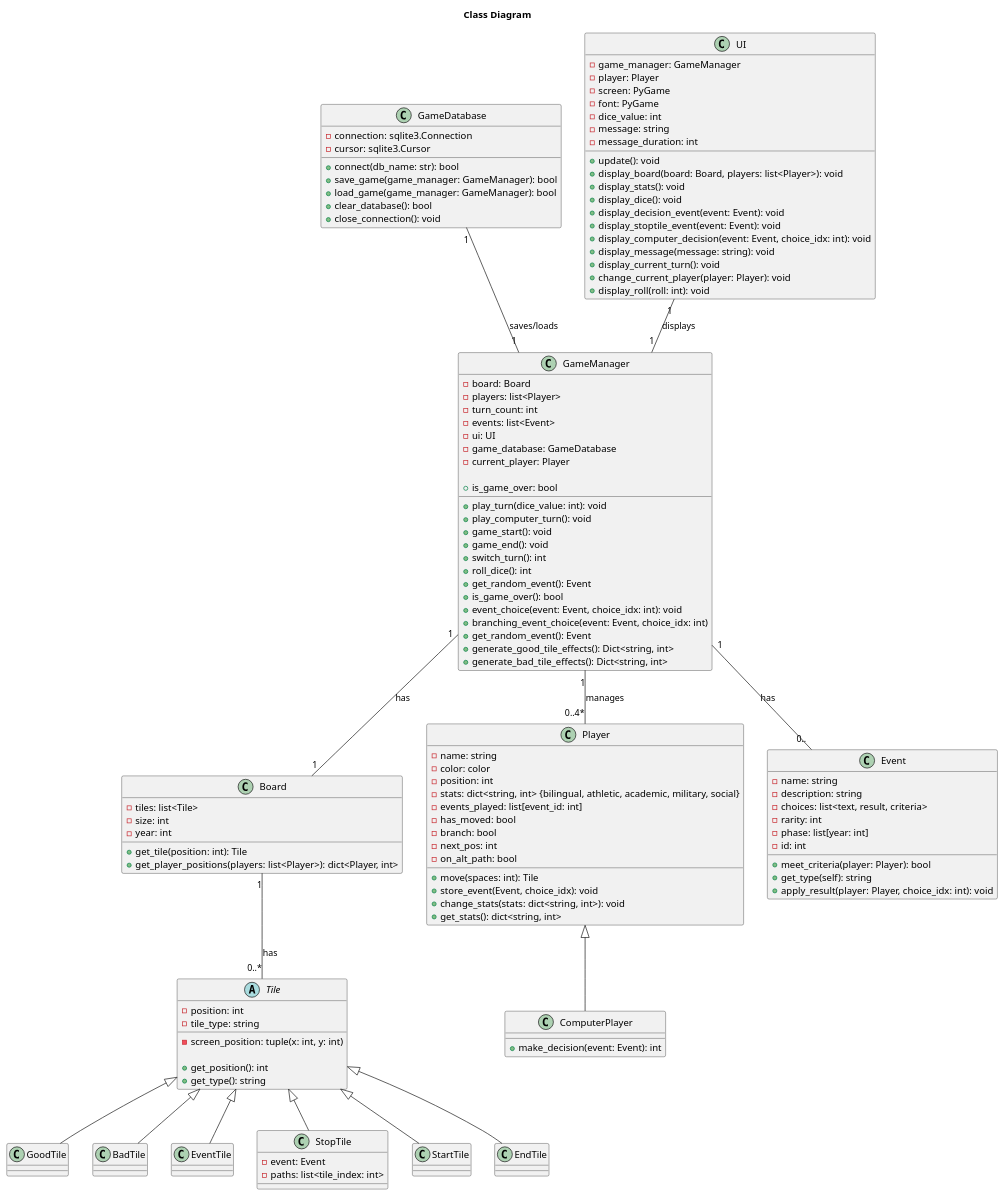
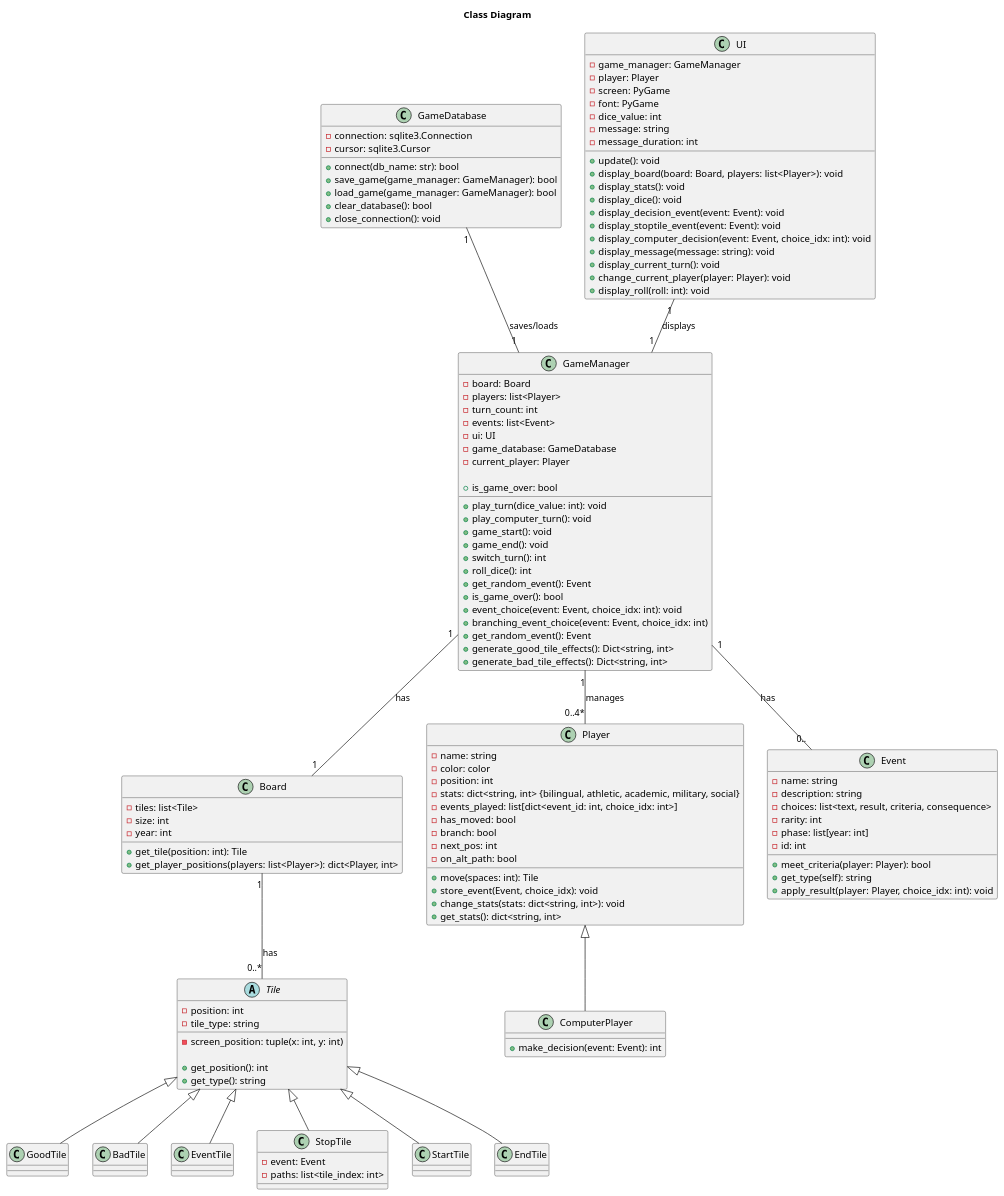
Before and after one commit to CSE-362-2025/BoardGameProject: the diagram in diagrams/class_diagram.puml, drawn with PlantUML.

Commit message:
updated class diagram

```diff
--- a/diagrams/class_diagram.puml
+++ b/diagrams/class_diagram.puml
@@ -1,166 +1,166 @@
 @startuml class_diagram
 title "Class Diagram"
 ' skinparam shadowing false
 ' skinparam classAttributeIconSize 0
 
 class GameDatabase {
     
     - connection: sqlite3.Connection
     - cursor: sqlite3.Cursor
 
     + connect(db_name: str): bool
     + save_game(game_manager: GameManager): bool
     + load_game(game_manager: GameManager): bool
     + clear_database(): bool
     + close_connection(): void
 
 }
 
 class Board {
 
     - tiles: list<Tile>
     - size: int
     - year: int
 
     + get_tile(position: int): Tile
     + get_player_positions(players: list<Player>): dict<Player, int>
 }
 
 abstract class Tile {
 
     - position: int
     - tile_type: string
     - screen_position: tuple(x: int, y: int)
 
     + get_position(): int
     + get_type(): string
 }
 
 class GoodTile {
 }
 
 class BadTile {
 }
 
 class EventTile {
 }
 
 class StopTile {
     - event: Event
     - paths: list<tile_index: int>
 
 }
 
 class StartTile {
 }
 
 class EndTile {
 }
 
 class Player {
 
     - name: string
     - color: color
     - position: int
     - stats: dict<string, int> {bilingual, athletic, academic, military, social}
-    - events_played: list[event_id: int]
+    - events_played: list[dict<event_id: int, choice_idx: int>]
     - has_moved: bool
     - branch: bool
     - next_pos: int
     - on_alt_path: bool
 
     + move(spaces: int): Tile
     + store_event(Event, choice_idx): void
     + change_stats(stats: dict<string, int>): void
     + get_stats(): dict<string, int>
 
 }
 
 class ComputerPlayer {
 
     + make_decision(event: Event): int
 }
 
 class Event {
 
     - name: string
     - description: string
-    - choices: list<text, result, criteria>
+    - choices: list<text, result, criteria, consequence>
     - rarity: int
     - phase: list[year: int]
     - id: int
 
     + meet_criteria(player: Player): bool
     + get_type(self): string
     + apply_result(player: Player, choice_idx: int): void
 }
 
 
 class GameManager {
 
     - board: Board
     - players: list<Player>
     - turn_count: int
     - events: list<Event>
     - ui: UI
     - game_database: GameDatabase
     - current_player: Player
 
     + play_turn(dice_value: int): void
     + play_computer_turn(): void
     + game_start(): void
     + game_end(): void
     + switch_turn(): int
     + roll_dice(): int
     + get_random_event(): Event
     + is_game_over(): bool
     + event_choice(event: Event, choice_idx: int): void
     + branching_event_choice(event: Event, choice_idx: int)
     + get_random_event(): Event
     + is_game_over: bool
     + generate_good_tile_effects(): Dict<string, int>
     + generate_bad_tile_effects(): Dict<string, int>
 }
 
 class UI {
 
     - game_manager: GameManager
     - player: Player
     - screen: PyGame
     - font: PyGame
     - dice_value: int
     - message: string
     - message_duration: int
 
     + update(): void
     + display_board(board: Board, players: list<Player>): void
     + display_stats(): void
     + display_dice(): void
     + display_decision_event(event: Event): void
     + display_stoptile_event(event: Event): void
     + display_computer_decision(event: Event, choice_idx: int): void
     + display_message(message: string): void
     + display_current_turn(): void
     + change_current_player(player: Player): void
     + display_roll(roll: int): void
 }
 
 
 ' Relationships
 
 Board "1" -- "0..*" Tile : "has"
 GameDatabase "1" -- "1" GameManager : "saves/loads"
 GameManager "1" -- "0..4*" Player : "manages"
 GameManager "1" -- "1" Board : "has"
 GameManager "1" -- "0.." Event : "has"
 UI "1" -- "1" GameManager : "displays"
 Tile <|-- GoodTile
 Tile <|-- BadTile
 Tile <|-- EventTile
 Tile <|-- StopTile
 Tile <|-- StartTile
 Tile <|-- EndTile
 Player <|-- ComputerPlayer
 
 
 @enduml
```
